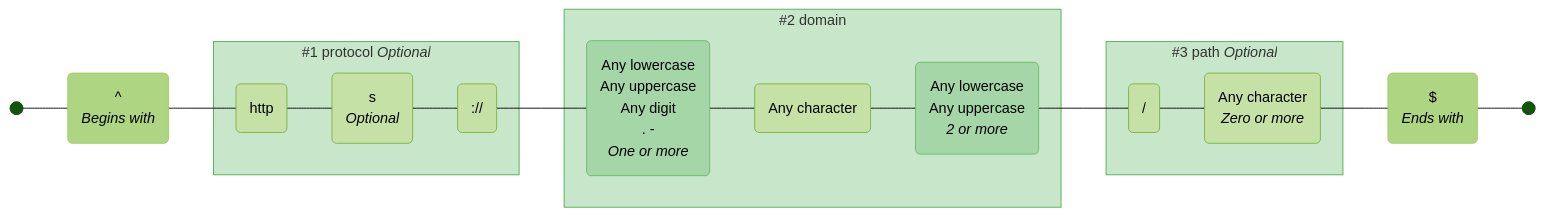
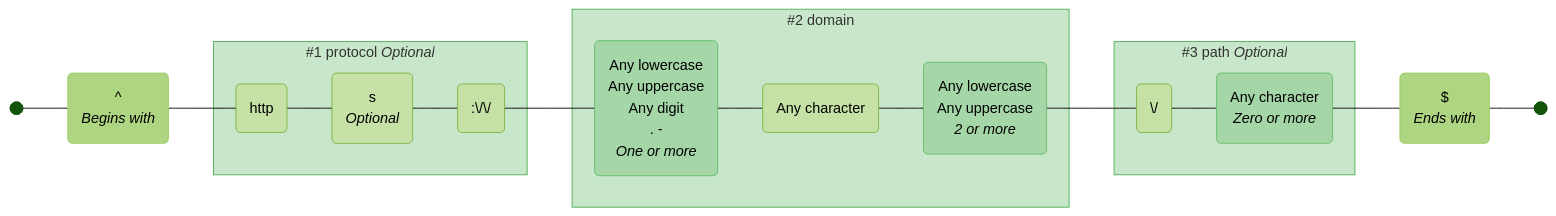
Before and after one commit to tayles/regex-to-mermaid: the fourth of 5 diagrams in THEMES.md, drawn with Mermaid. The commit also changed other lines of this file and 53 other files, not shown here.

````diff
--- a/THEMES.md
+++ b/THEMES.md
@@ -311,67 +311,67 @@
 ```mermaid
 ---
 config:
   theme: forest
 ---
 
 graph LR
   accTitle: "Regex: ^(?<protocol>https?:\\/\\/)?(?<domain>[a-zA-Z0-9.-]+\\.[a-zA-Z]{2,})(?<path>\\/.*)?$"
-  accDescr: "Generated with regex-to-mermaid@1.0.4"
+  accDescr: "Generated with regex-to-mermaid@1.1.0"
 
   %% Nodes
   start@{ shape: f-circ };
   fin@{ shape: f-circ };
   assertion_1("^<br><i>Begins with</i>"):::assertion;
   literal_1("http"):::literal;
   literal_2("s<br><i>Optional</i>"):::literal;
-  literal_3("://"):::literal;
+  literal_3(":\/\/"):::literal;
   char_class_1("Any lowercase<br>Any uppercase<br>Any digit<br>. -<br><i>One or more</i>"):::char-class;
   literal_4("Any character"):::literal;
   char_class_2("Any lowercase<br>Any uppercase<br><i>2 or more</i>"):::char-class;
-  literal_5("/"):::literal;
-  literal_6("Any character<br><i>Zero or more</i>"):::literal;
+  literal_5("\/"):::literal;
+  char_class_3("Any character<br><i>Zero or more</i>"):::char-class;
   assertion_2("$<br><i>Ends with</i>"):::assertion;
 
   %% Subgraphs
   subgraph named_capture_1 ["#1 protocol <i>Optional</i>"]
     literal_1
     literal_2
     literal_3
   end
 
   subgraph named_capture_2 ["#2 domain"]
     char_class_1
     literal_4
     char_class_2
   end
 
   subgraph named_capture_3 ["#3 path <i>Optional</i>"]
     literal_5
-    literal_6
+    char_class_3
   end
 
   %% Edges
   start --- assertion_1;
   assertion_1 --- literal_1;
   literal_1 --- literal_2;
   literal_2 --- literal_3;
   literal_3 --- char_class_1;
   char_class_1 --- literal_4;
   literal_4 --- char_class_2;
   char_class_2 --- literal_5;
-  literal_5 --- literal_6;
-  literal_6 --- assertion_2;
+  literal_5 --- char_class_3;
+  char_class_3 --- assertion_2;
   assertion_2 --- fin;
 
   %% Styles
   %% Node Styling
   classDef assertion fill:#AED581,stroke:#9CCC65;
   classDef literal fill:#C5E1A5,stroke:#7CB342;
   classDef char-class fill:#A5D6A7,stroke:#66BB6A;
 
   %% Group Styling
   classDef named-capture fill:#C8E6C9,stroke:#4CAF50;
 
   %% Apply Group Classes
   class named_capture_1,named_capture_2,named_capture_3 named-capture;
 ```
````
